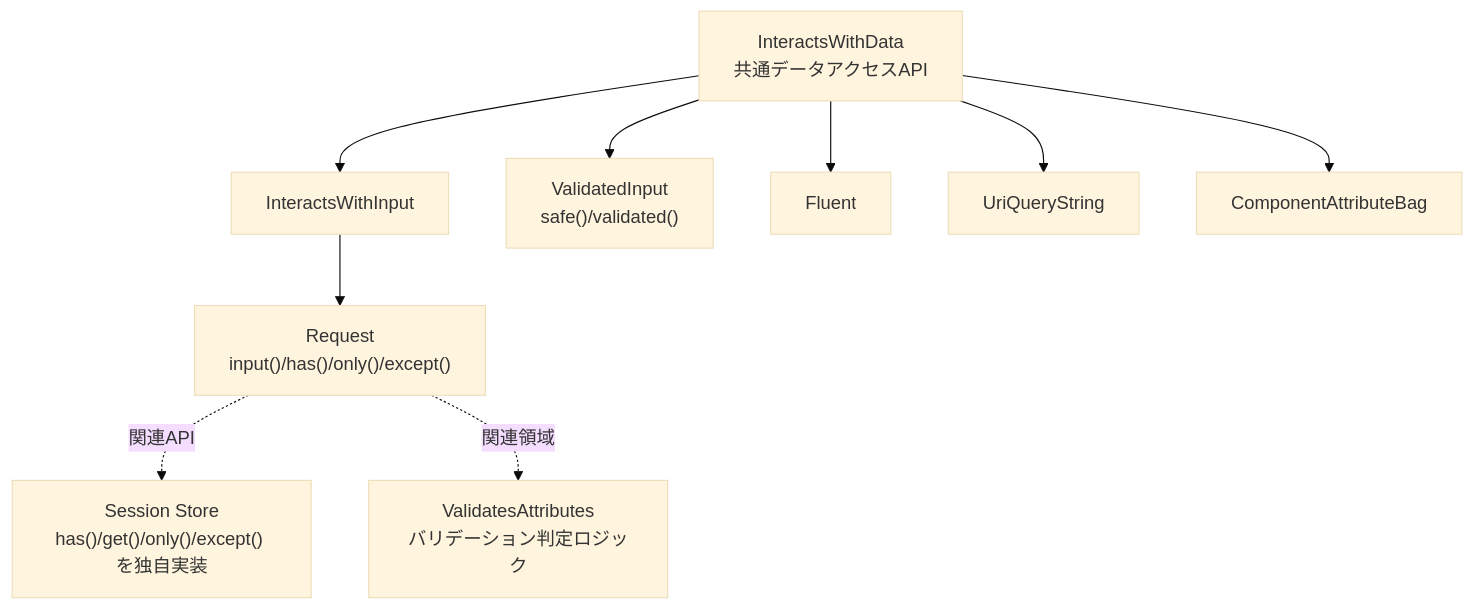
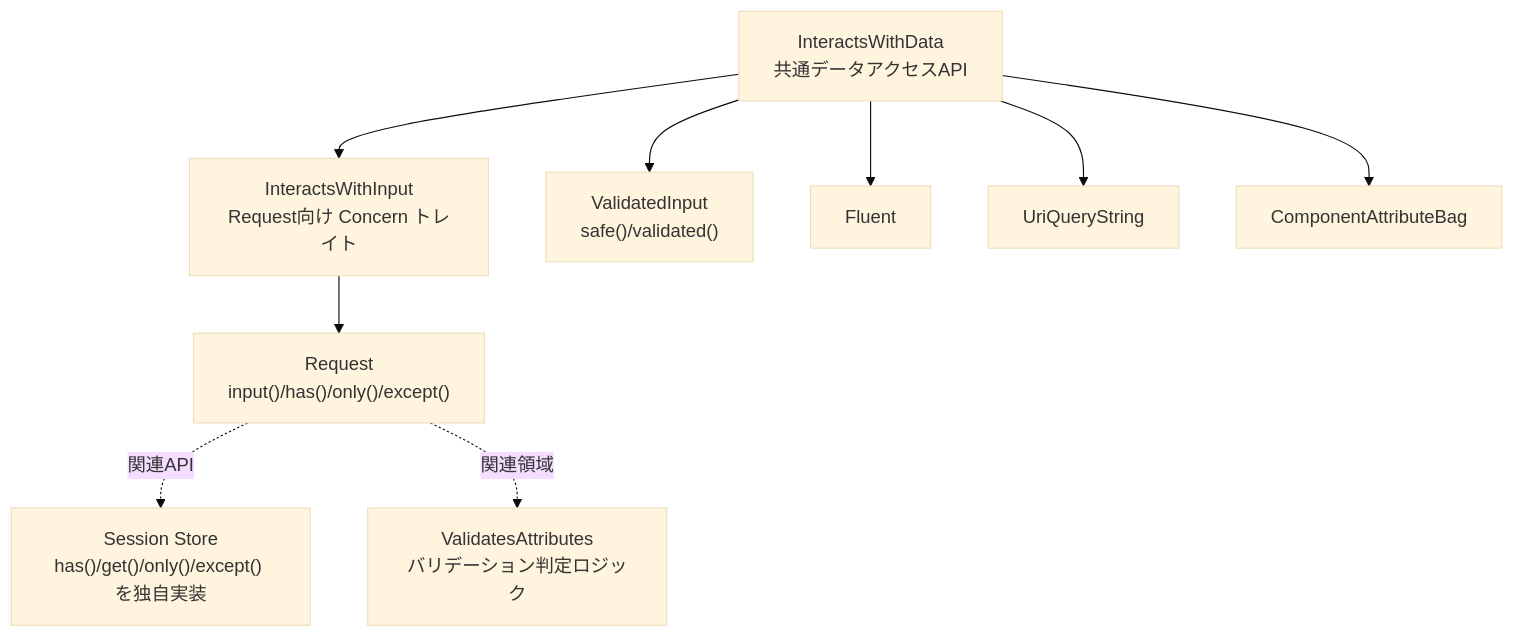
Before and after one commit to kawax/mintlify-docs: the diagram in jp/advanced/interacts-with-data.mdx, drawn with Mermaid (base theme). The commit also changed other lines of this file, not shown here.

Commit message:
Clarify Request get deprecation and trait relation note
Agent-Logs-Url: https://github.com/kawax/mintlify-docs/sessions/b1f8f32f-e5ad-4e55-a305-86a744ba6b5d

````diff
--- a/jp/advanced/interacts-with-data.mdx
+++ b/jp/advanced/interacts-with-data.mdx
@@ -59,11 +59,11 @@
 ```mermaid
 flowchart TD
-    IWD["InteractsWithData<br>共通データアクセスAPI"] --> IWI["InteractsWithInput"]
+    IWD["InteractsWithData<br>共通データアクセスAPI"] --> IWI["InteractsWithInput<br>Request向け Concern トレイト"]
     IWI --> REQ["Request<br>input()/has()/only()/except()"]
     IWD --> VIN["ValidatedInput<br>safe()/validated()"]
     IWD --> FLU["Fluent"]
     IWD --> UQS["UriQueryString"]
     IWD --> CAB["ComponentAttributeBag"]
     REQ -.関連API.-> SES["Session Store<br>has()/get()/only()/except() を独自実装"]
     REQ -.関連領域.-> VAL["ValidatesAttributes<br>バリデーション判定ロジック"]
 ```
````
